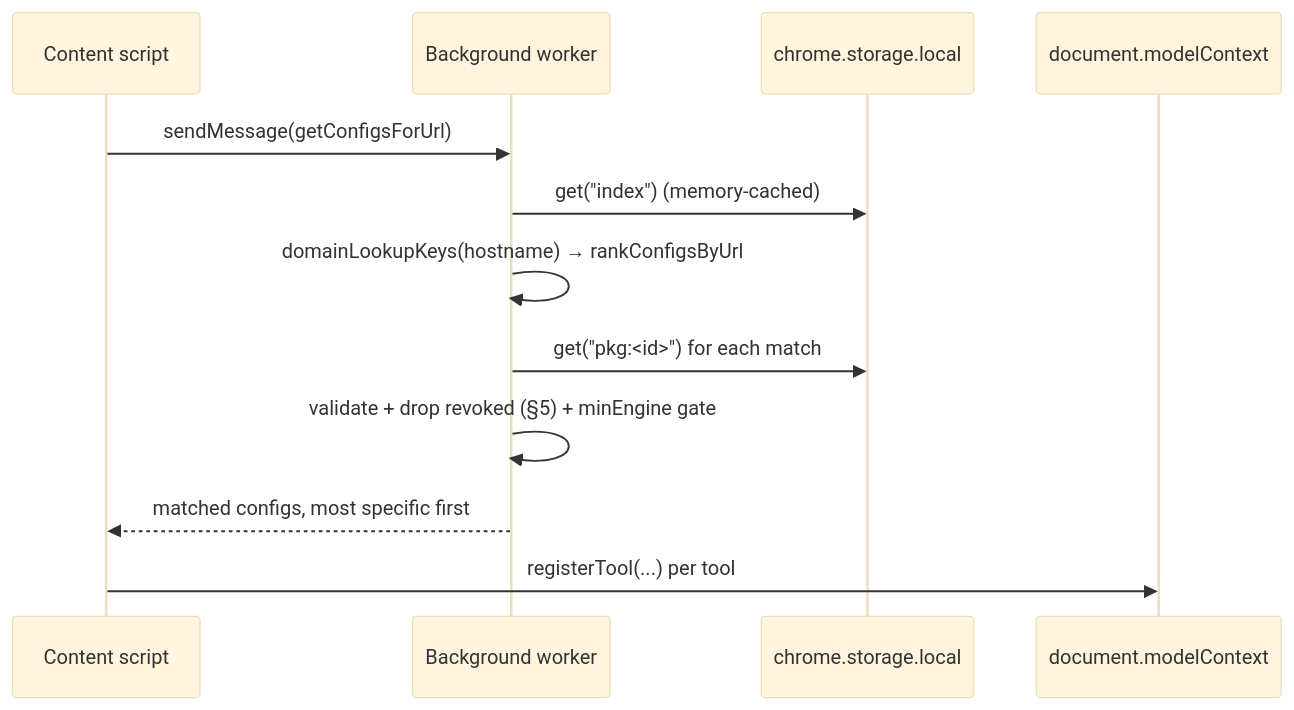
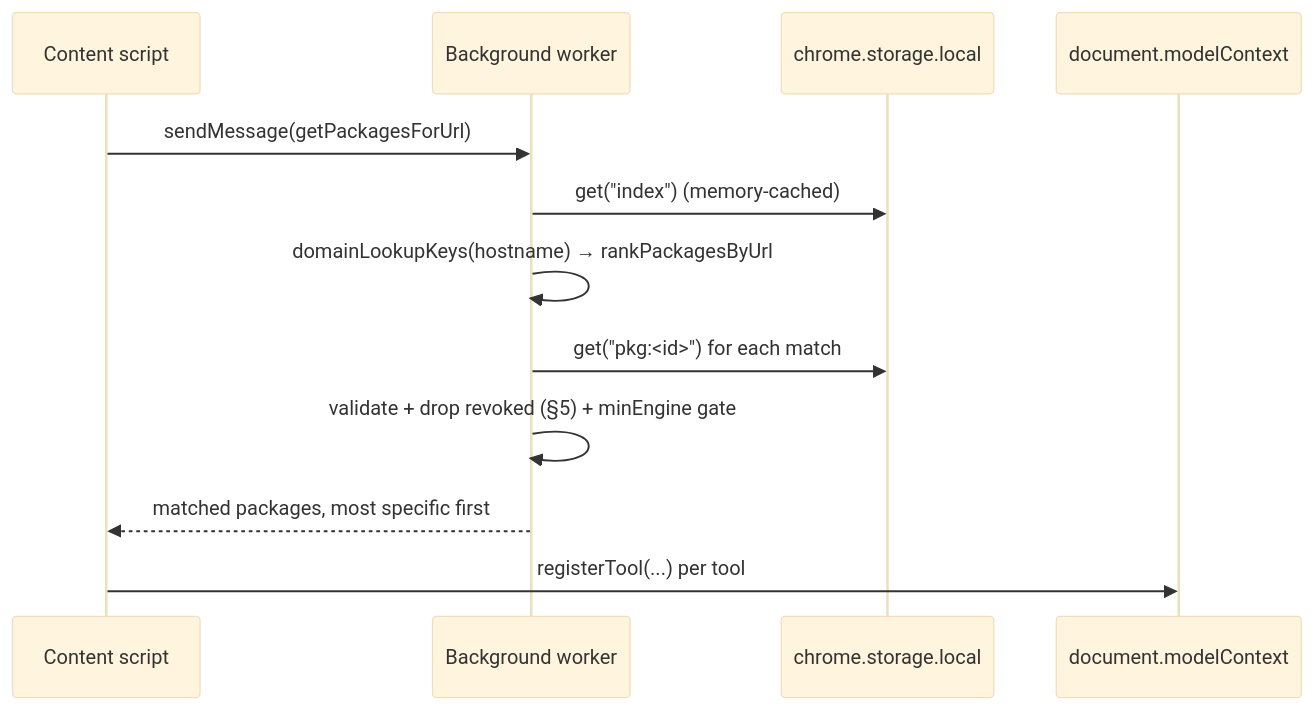
Before and after one commit to robertn702/webmcp-today: the diagram in docs/local-first-installs.md, drawn with Mermaid (base theme). The commit also changed other lines of this file and 15 other files, not shown here.

````diff
--- a/docs/local-first-installs.md
+++ b/docs/local-first-installs.md
@@ -90,15 +90,15 @@
 ```mermaid
 sequenceDiagram
     participant CS as Content script
     participant BG as Background worker
     participant ST as chrome.storage.local
     participant MC as document.modelContext
 
-    CS->>BG: sendMessage(getConfigsForUrl)
+    CS->>BG: sendMessage(getPackagesForUrl)
     BG->>ST: get("index") (memory-cached)
-    BG->>BG: domainLookupKeys(hostname) → rankConfigsByUrl
+    BG->>BG: domainLookupKeys(hostname) → rankPackagesByUrl
     BG->>ST: get("pkg:<id>") for each match
     BG->>BG: validate + drop revoked (§5) + minEngine gate
-    BG-->>CS: matched configs, most specific first
+    BG-->>CS: matched packages, most specific first
     CS->>MC: registerTool(...) per tool
 ```
````
